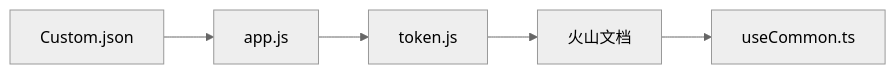
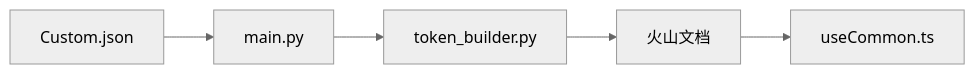
One commit to lixiaoqiang1/ark_aigc_demo-main changed the third of 3 diagrams in doc/04-对话流程与学习路线.md. Above: the diagram before and after it, drawn with Mermaid (neutral theme). The commit also changed other lines of this file and 14 other files, not shown here.

````diff
--- a/doc/04-对话流程与学习路线.md
+++ b/doc/04-对话流程与学习路线.md
@@ -141,7 +141,7 @@
 ```mermaid
 flowchart LR
-    A[Custom.json] --> B[app.js]
-    B --> C[token.js]
+    A[Custom.json] --> B[main.py]
+    B --> C[token_builder.py]
     C --> D[火山文档]
     D --> E[useCommon.ts]
 ```
````
